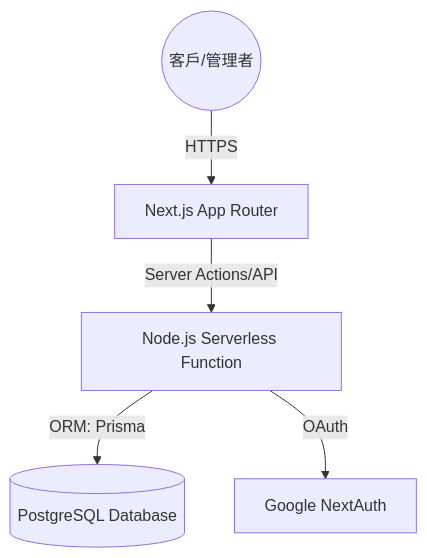
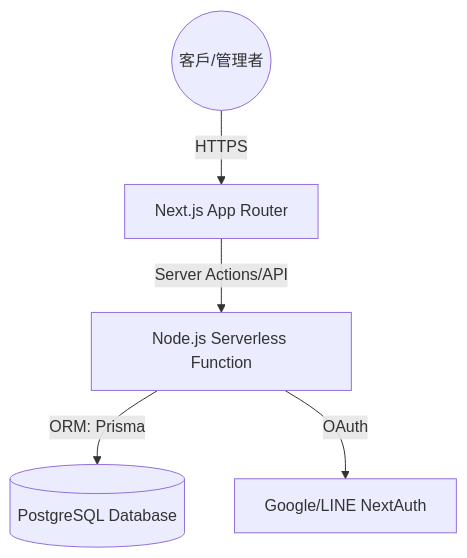
One commit to lawrence555-dev/shintai-driveshaft changed the diagram in SYSTEM_DESIGN.md. Above: the diagram before and after it, drawn with Mermaid. The commit also changed other lines of this file and 5 other files, not shown here.

````diff
--- a/SYSTEM_DESIGN.md
+++ b/SYSTEM_DESIGN.md
@@ -31,7 +31,7 @@
 ```mermaid
 graph TD
     User((客戶/管理者)) --> |HTTPS| Frontend[Next.js App Router]
     Frontend --> |Server Actions/API| Backend[Node.js Serverless Function]
     Backend --> |ORM: Prisma| DB[(PostgreSQL Database)]
-    Backend --> |OAuth| Auth[Google NextAuth]
+    Backend --> |OAuth| Auth[Google/LINE NextAuth]
 ```
````
